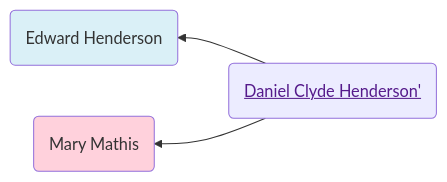
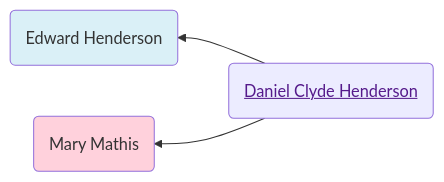
One commit to neelsmith/avocational changed the first of 2 diagrams in familyhistory/sources/people/Henderson-line/Daniel_Clyde_Henderson.qmd. Above: the diagram before and after it, drawn with Mermaid. The commit also changed other lines of this file and 96 other files, not shown here.

````diff
--- a/familyhistory/sources/people/Henderson-line/Daniel_Clyde_Henderson.qmd
+++ b/familyhistory/sources/people/Henderson-line/Daniel_Clyde_Henderson.qmd
@@ -26,12 +26,12 @@
 ```{mermaid}
 graph RL
 %% RL ancestor diagram
-Daniel_Clyde_Henderson(<a href=''>Daniel Clyde Henderson'</>) -->  Edward_Henderson(Edward Henderson)
+Daniel_Clyde_Henderson(<a href=''>Daniel Clyde Henderson</a>) -->  Edward_Henderson(Edward Henderson)
 class Edward_Henderson father
-Daniel_Clyde_Henderson(<a href=''>Daniel Clyde Henderson'</>)  --> Mary_Mathis(Mary Mathis)
+Daniel_Clyde_Henderson(<a href=''>Daniel Clyde Henderson</a>)  --> Mary_Mathis(Mary Mathis)
 class Mary_Mathis mother
 classDef mother fill:#ffd1dc
 classDef father fill:#daf0f7  
 classDef marriage fill:#ffffff
 
 ```
````
